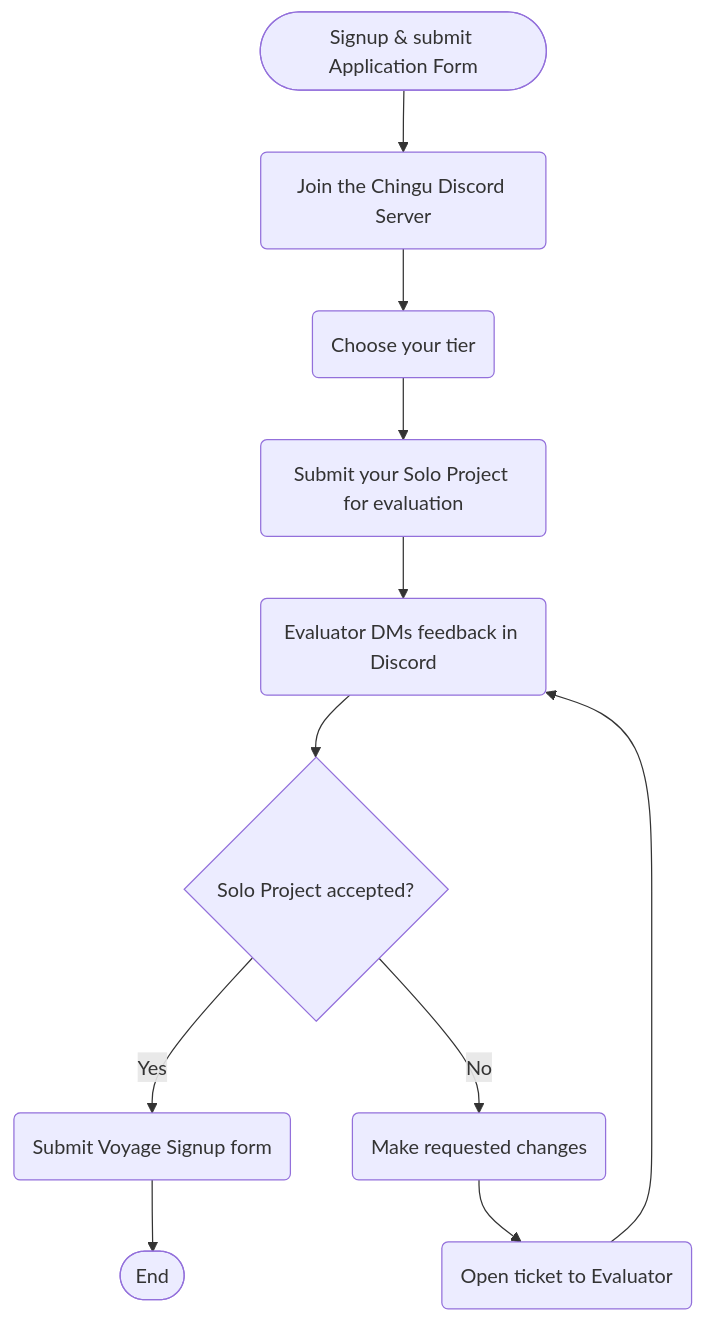
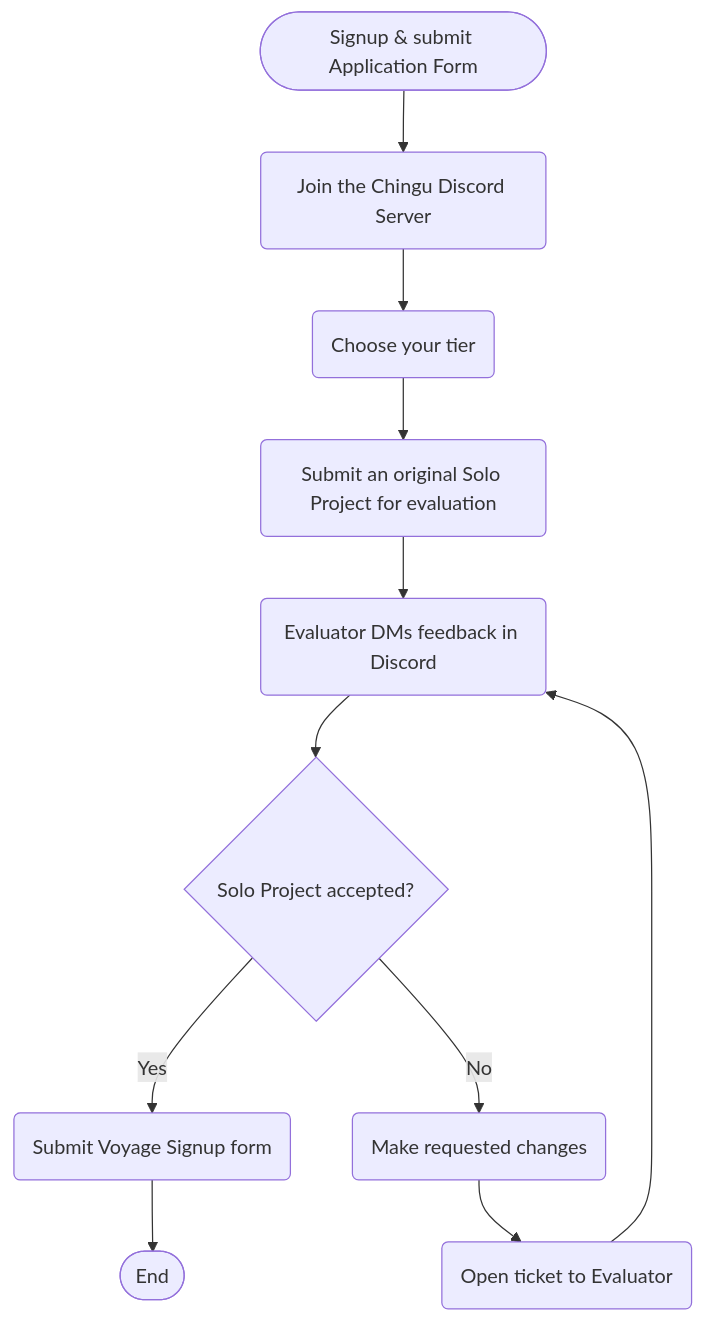
One commit to chingu-voyages/Handbook changed the first of 2 diagrams in README.md. Above: the diagram before and after it, drawn with Mermaid.

Commit message:
Feature: Add onboarding flowchart

````diff
--- a/README.md
+++ b/README.md
@@ -50,13 +50,13 @@
 ```mermaid
 flowchart TB
    A(["Signup & submit Application Form"]) --> B(Join the Chingu Discord Server);
    B --> C(Choose your tier);
-   C --> D(Submit your Solo Project for evaluation);
+   C --> D(Submit an original Solo Project for evaluation);
    D --> E(Evaluator DMs feedback in Discord);
    E --> F{Solo Project accepted?};
    F -- Yes --> G(Submit Voyage Signup form);
    F -- No --> H(Make requested changes);
    H --> I(Open ticket to Evaluator);
    I --> E;
    G --> Z([End]);
 ```
````
